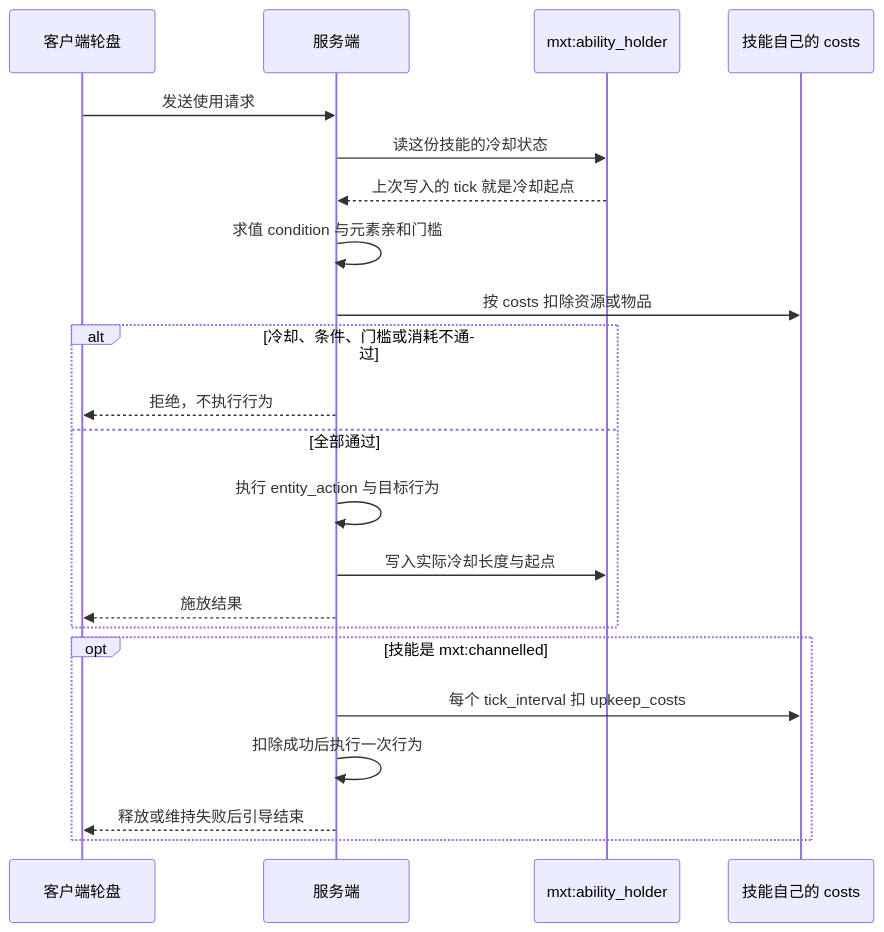
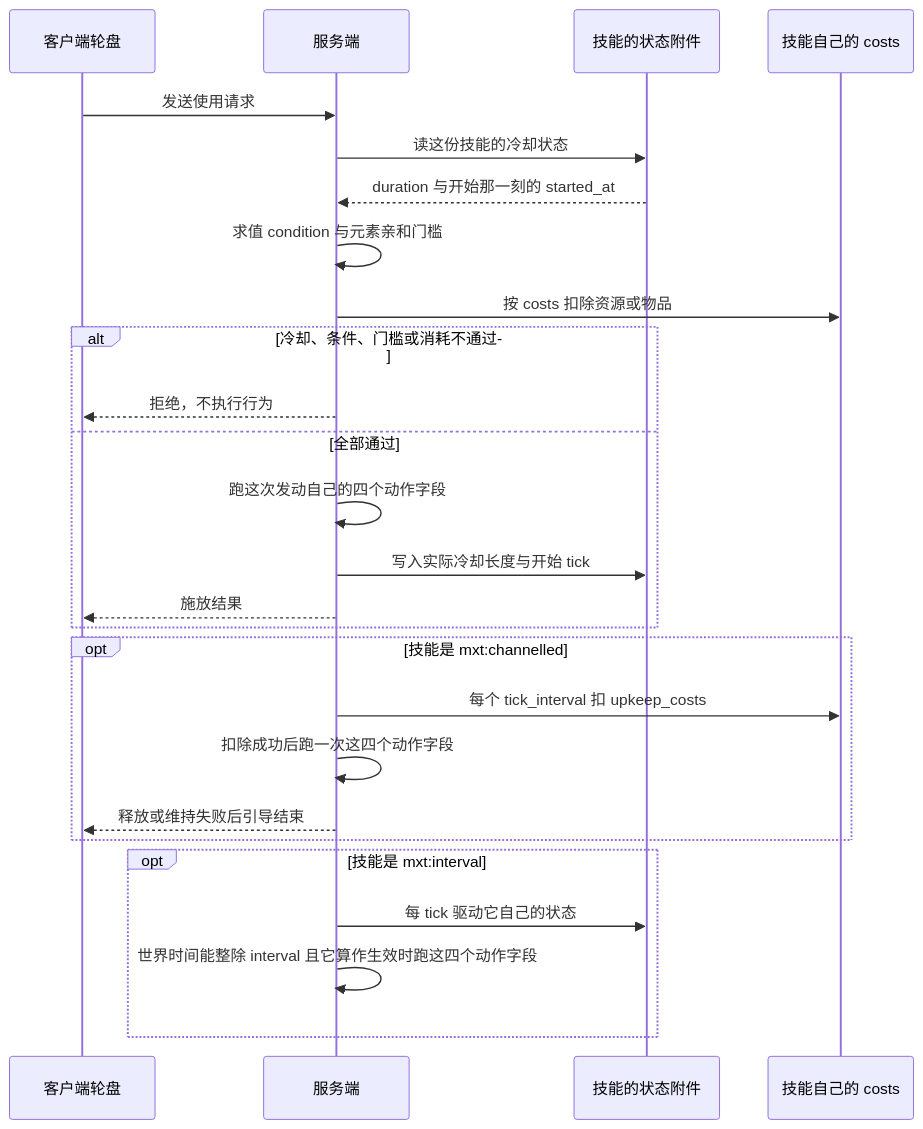
Before and after one commit to IAFEnvoy/mxt-docs: the diagram in docs/datapack/json/ability.md, drawn with Mermaid. The commit also changed other lines of this file and 231 other files, not shown here.

````diff
--- a/docs/datapack/json/ability.md
+++ b/docs/datapack/json/ability.md
@@ -145,25 +197,29 @@
 ```mermaid
 sequenceDiagram
     participant C as 客户端轮盘
     participant S as 服务端
-    participant H as mxt:ability_holder
+    participant H as 技能的状态附件
     participant R as 技能自己的 costs
 
     C->>S: 发送使用请求
     S->>H: 读这份技能的冷却状态
-    H-->>S: 上次写入的 tick 就是冷却起点
+    H-->>S: duration 与开始那一刻的 started_at
     S->>S: 求值 condition 与元素亲和门槛
     S->>R: 按 costs 扣除资源或物品
     alt 冷却、条件、门槛或消耗不通过
         S-->>C: 拒绝，不执行行为
     else 全部通过
-        S->>S: 执行 entity_action 与目标行为
-        S->>H: 写入实际冷却长度与起点
+        S->>S: 跑这次发动自己的四个动作字段
+        S->>H: 写入实际冷却长度与开始 tick
         S-->>C: 施放结果
     end
     opt 技能是 mxt:channelled
         S->>R: 每个 tick_interval 扣 upkeep_costs
-        S->>S: 扣除成功后执行一次行为
+        S->>S: 扣除成功后跑一次这四个动作字段
         S-->>C: 释放或维持失败后引导结束
     end
+    opt 技能是 mxt:interval
+        S->>H: 每 tick 驱动它自己的状态
+        S->>S: 世界时间能整除 interval 且它算作生效时跑这四个动作字段
+    end
 ```
````
